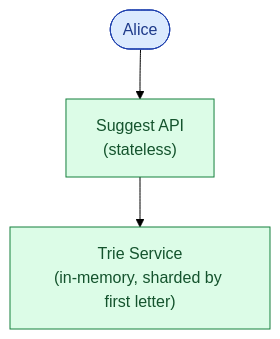
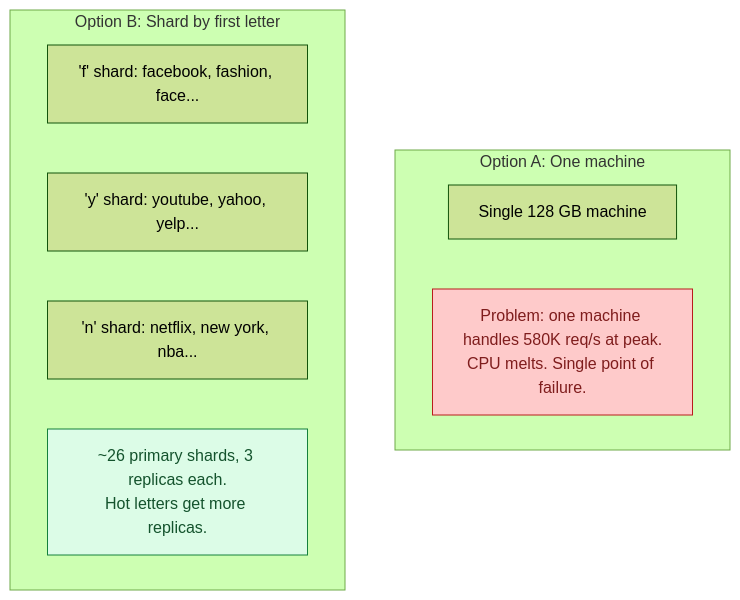
One commit to shiningflash/system-design changed the fifth of 9 diagrams in problems/005-typeahead-autocomplete/question.md. Above: the diagram before and after it, drawn with Mermaid (forest theme). The commit also changed other lines of this file and 37 other files, not shown here.

````diff
--- a/problems/005-typeahead-autocomplete/question.md
+++ b/problems/005-typeahead-autocomplete/question.md
@@ -206,8 +174,16 @@
 ```mermaid
 flowchart TB
-    A([Alice]):::user --> API["Suggest API<br/>(stateless)"]:::app
-    API --> T["Trie Service<br/>(in-memory, sharded by first letter)"]:::app
+    subgraph A["Option A: One machine"]
+        A1["Single 128 GB machine"]
+        A2["Problem: one machine handles 580K req/s at peak.<br/>CPU melts. Single point of failure."]:::bad
+    end
+    subgraph B["Option B: Shard by first letter"]
+        B1["'f' shard: facebook, fashion, face..."]
+        B2["'y' shard: youtube, yahoo, yelp..."]
+        B3["'n' shard: netflix, new york, nba..."]
+        B4["~26 primary shards, 3 replicas each.<br/>Hot letters get more replicas."]:::ok
+    end
 
-    classDef user fill:#dbeafe,stroke:#1e40af,color:#1e3a8a
-    classDef app fill:#dcfce7,stroke:#15803d,color:#14532d
+    classDef bad fill:#fecaca,stroke:#b91c1c,color:#7f1d1d
+    classDef ok fill:#dcfce7,stroke:#15803d,color:#14532d
 ```
````
